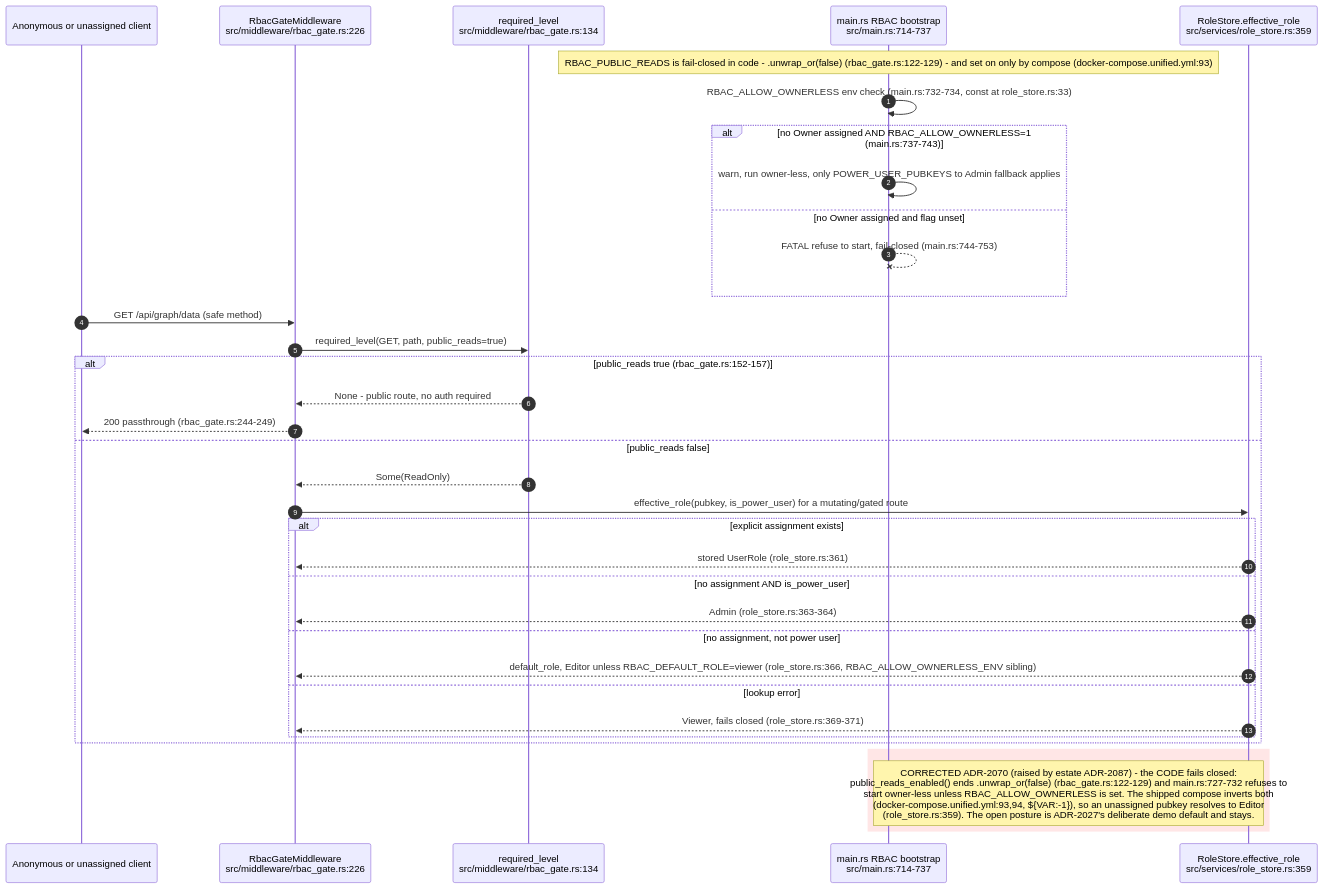
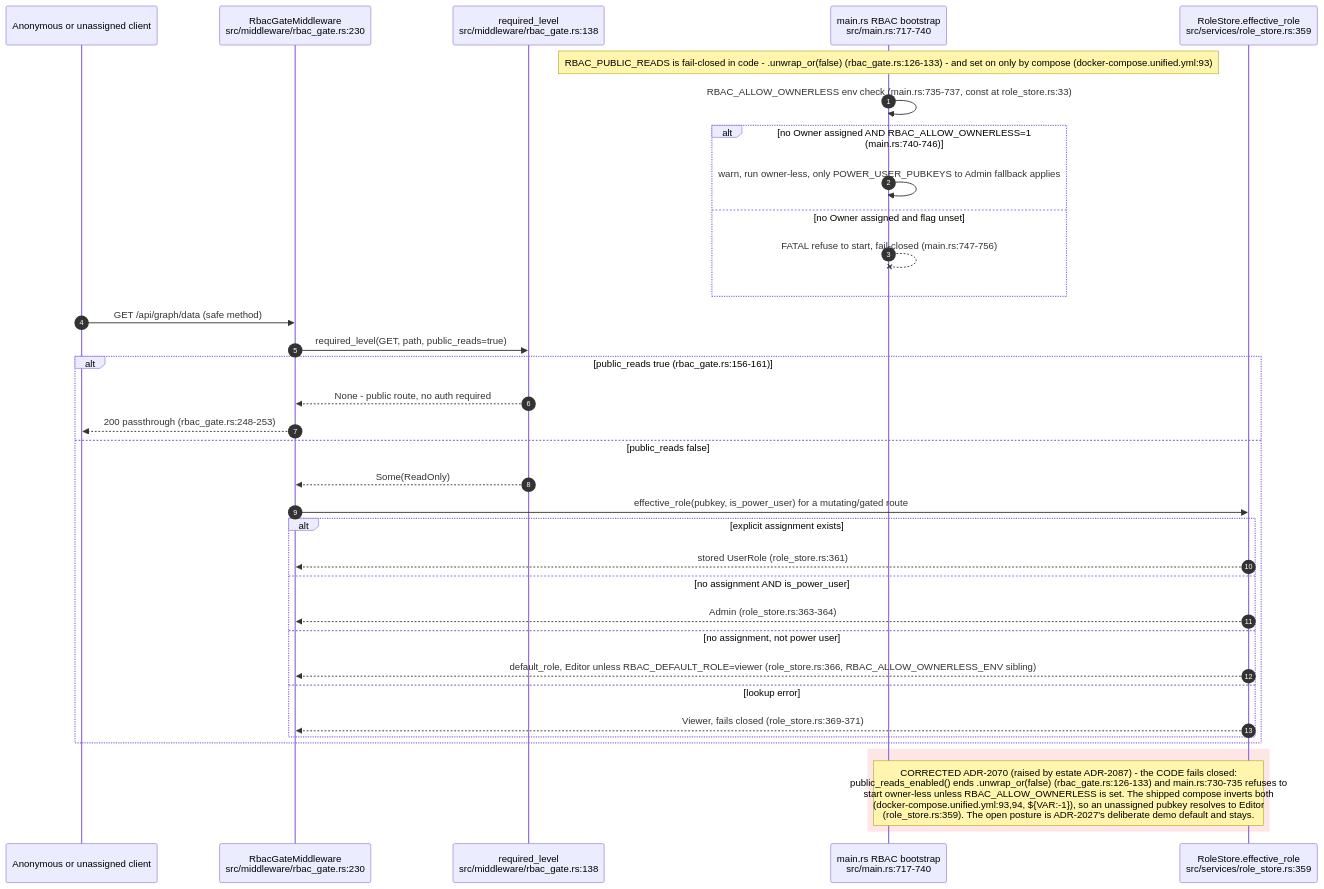
Before and after one commit to DreamLab-AI/AR-AI-Knowledge-Graph: the ninth of 11 diagrams in docs/diagrams/visionclaw/22-data-authority-provenance-erasure.md, drawn with Mermaid. The commit also changed other lines of this file and 73 other files, not shown here.

First line of the commit message:
docs(diagrams): re-verify all 71 topic files against HEAD; add --cite-check

````diff
--- a/docs/diagrams/visionclaw/22-data-authority-provenance-erasure.md
+++ b/docs/diagrams/visionclaw/22-data-authority-provenance-erasure.md
@@ -365,38 +365,38 @@
 ```mermaid
 sequenceDiagram
     autonumber
     participant C as Anonymous or unassigned client
-    participant GATE as RbacGateMiddleware<br/>src/middleware/rbac_gate.rs:226
-    participant REQ as required_level<br/>src/middleware/rbac_gate.rs:134
-    participant BOOT as main.rs RBAC bootstrap<br/>src/main.rs:714-737
+    participant GATE as RbacGateMiddleware<br/>src/middleware/rbac_gate.rs:230
+    participant REQ as required_level<br/>src/middleware/rbac_gate.rs:138
+    participant BOOT as main.rs RBAC bootstrap<br/>src/main.rs:717-740
     participant RS as RoleStore.effective_role<br/>src/services/role_store.rs:359
 
-    Note over BOOT: RBAC_PUBLIC_READS is fail-closed in code - .unwrap_or(false) (rbac_gate.rs:122-129) - and set on only by compose (docker-compose.unified.yml:93)
-    BOOT->>BOOT: RBAC_ALLOW_OWNERLESS env check (main.rs:732-734, const at role_store.rs:33)
-    alt no Owner assigned AND RBAC_ALLOW_OWNERLESS=1 (main.rs:737-743)
+    Note over BOOT: RBAC_PUBLIC_READS is fail-closed in code - .unwrap_or(false) (rbac_gate.rs:126-133) - and set on only by compose (docker-compose.unified.yml:93)
+    BOOT->>BOOT: RBAC_ALLOW_OWNERLESS env check (main.rs:735-737, const at role_store.rs:33)
+    alt no Owner assigned AND RBAC_ALLOW_OWNERLESS=1 (main.rs:740-746)
         BOOT->>BOOT: warn, run owner-less, only POWER_USER_PUBKEYS to Admin fallback applies
     else no Owner assigned and flag unset
-        BOOT--xBOOT: FATAL refuse to start, fail-closed (main.rs:744-753)
+        BOOT--xBOOT: FATAL refuse to start, fail-closed (main.rs:747-756)
     end
     C->>GATE: GET /api/graph/data (safe method)
     GATE->>REQ: required_level(GET, path, public_reads=true)
-    alt public_reads true (rbac_gate.rs:152-157)
+    alt public_reads true (rbac_gate.rs:156-161)
         REQ-->>GATE: None - public route, no auth required
-        GATE-->>C: 200 passthrough (rbac_gate.rs:244-249)
+        GATE-->>C: 200 passthrough (rbac_gate.rs:248-253)
     else public_reads false
         REQ-->>GATE: Some(ReadOnly)
         GATE->>RS: effective_role(pubkey, is_power_user) for a mutating/gated route
         alt explicit assignment exists
             RS-->>GATE: stored UserRole (role_store.rs:361)
         else no assignment AND is_power_user
             RS-->>GATE: Admin (role_store.rs:363-364)
         else no assignment, not power user
             RS-->>GATE: default_role, Editor unless RBAC_DEFAULT_ROLE=viewer (role_store.rs:366, RBAC_ALLOW_OWNERLESS_ENV sibling)
         else lookup error
             RS-->>GATE: Viewer, fails closed (role_store.rs:369-371)
         end
     end
     rect rgb(255, 230, 230)
-    Note over BOOT,RS: CORRECTED ADR-2070 (raised by estate ADR-2087) - the CODE fails closed:<br/>public_reads_enabled() ends .unwrap_or(false) (rbac_gate.rs:122-129) and main.rs:727-732 refuses to<br/>start owner-less unless RBAC_ALLOW_OWNERLESS is set. The shipped compose inverts both<br/>(docker-compose.unified.yml:93,94, ${VAR:-1}), so an unassigned pubkey resolves to Editor<br/>(role_store.rs:359). The open posture is ADR-2027's deliberate demo default and stays.
+    Note over BOOT,RS: CORRECTED ADR-2070 (raised by estate ADR-2087) - the CODE fails closed:<br/>public_reads_enabled() ends .unwrap_or(false) (rbac_gate.rs:126-133) and main.rs:730-735 refuses to<br/>start owner-less unless RBAC_ALLOW_OWNERLESS is set. The shipped compose inverts both<br/>(docker-compose.unified.yml:93,94, ${VAR:-1}), so an unassigned pubkey resolves to Editor<br/>(role_store.rs:359). The open posture is ADR-2027's deliberate demo default and stays.
     end
 ```
````
